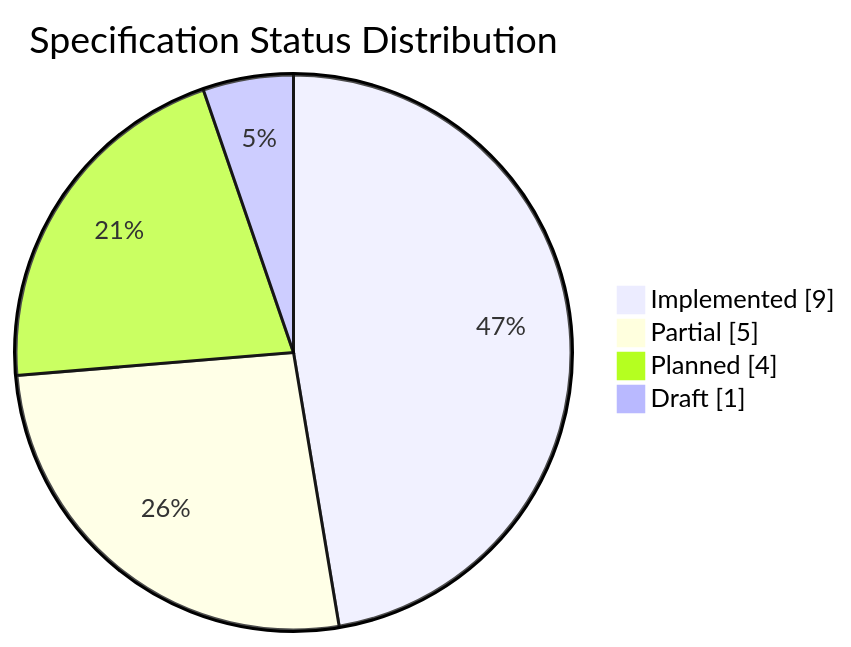
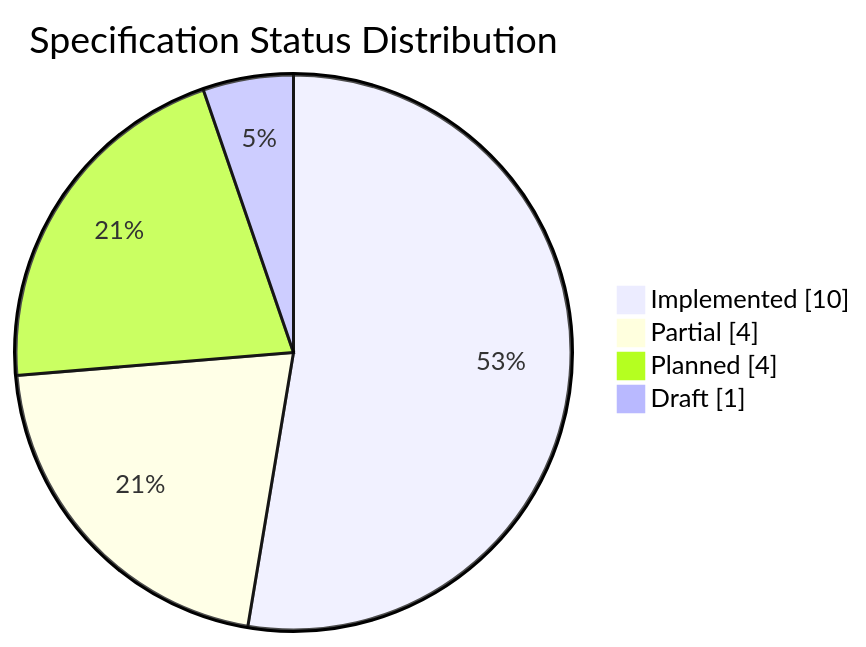
One commit to Jasrags/ShadowMaster changed the third of 8 diagrams in docs/specifications/README.md. Above: the diagram before and after it, drawn with Mermaid. The commit also changed other lines of this file and 2 other files, not shown here.

Commit message:
docs: update Qualities specification and README status to Implemented

````diff
--- a/docs/specifications/README.md
+++ b/docs/specifications/README.md
@@ -148,8 +148,8 @@
 ```mermaid
 pie showData
     title Specification Status Distribution
-    "Implemented" : 9
-    "Partial" : 5
+    "Implemented" : 10
+    "Partial" : 4
     "Planned" : 4
     "Draft" : 1
 ```
````
